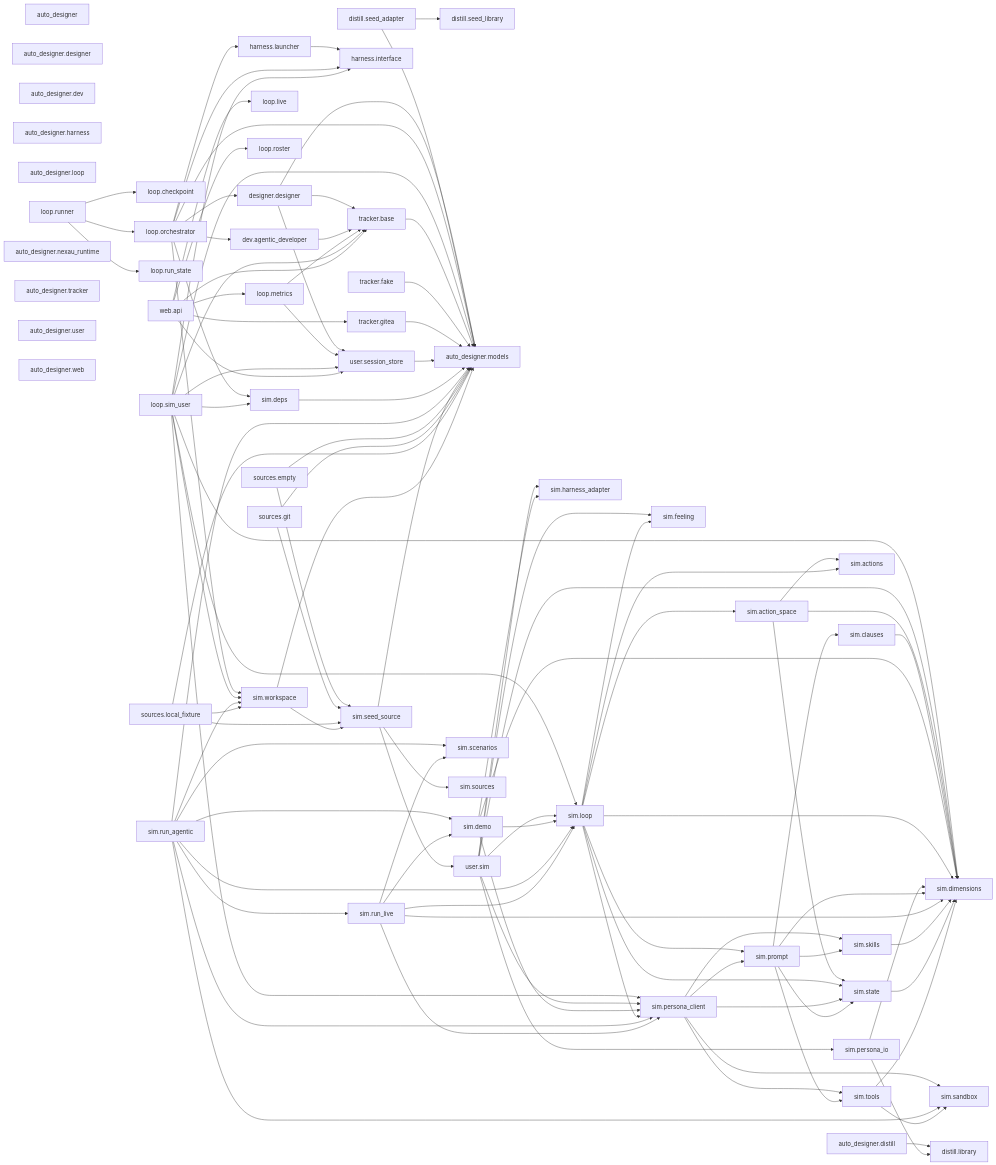
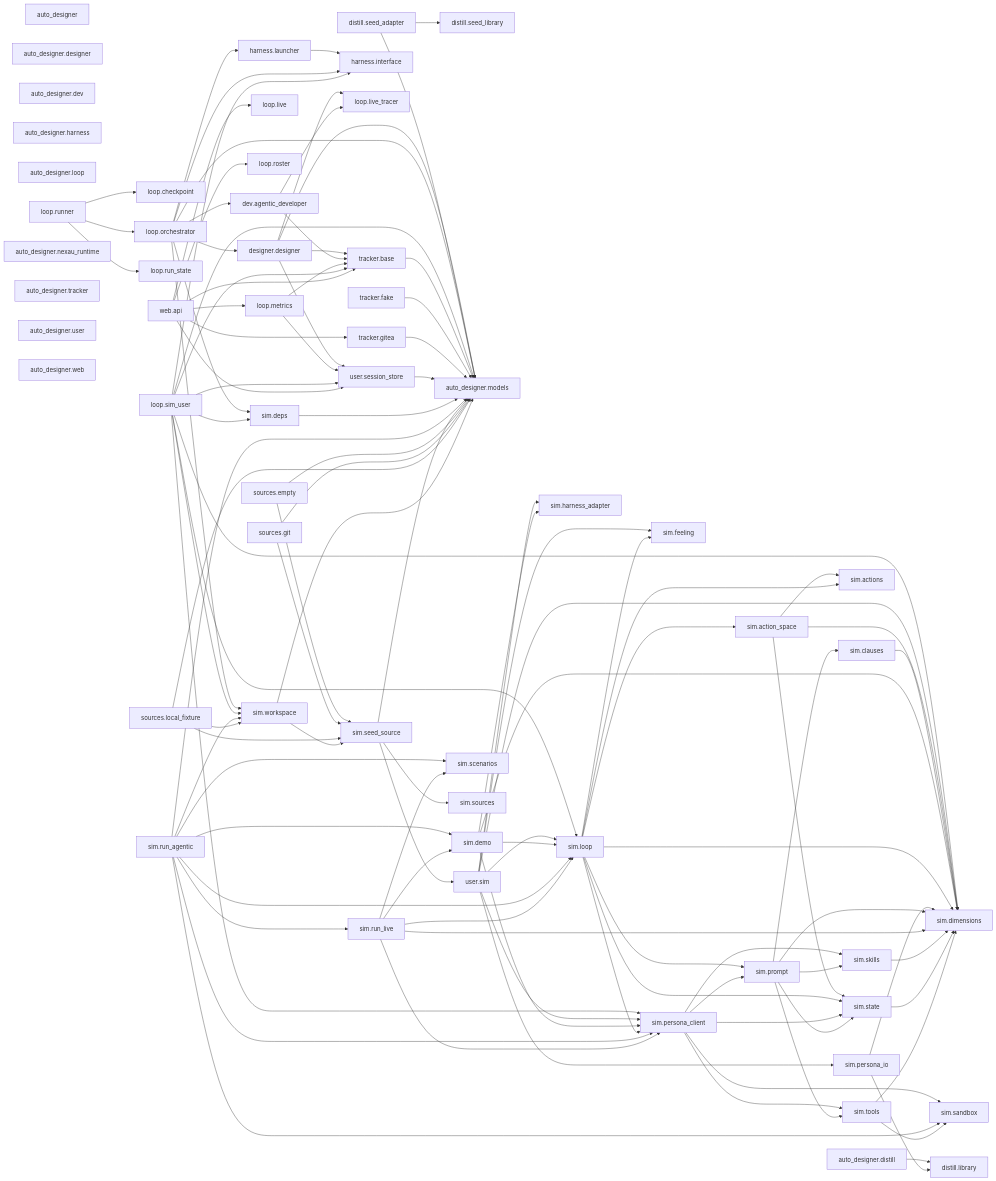
The diagram in docs/specs/ARCHITECTURE.md (Curry09/AHE-Beta), drawn with Mermaid before and after one commit. The commit also changed other lines of this file and 11 other files, not shown here.

```diff
--- a/docs/specs/ARCHITECTURE.md
+++ b/docs/specs/ARCHITECTURE.md
@@ -157,6 +158,7 @@
     nauto_designer_loop["auto_designer.loop"]
     nauto_designer_loop_checkpoint["loop.checkpoint"]
     nauto_designer_loop_live["loop.live"]
+    nauto_designer_loop_live_tracer["loop.live_tracer"]
     nauto_designer_loop_metrics["loop.metrics"]
     nauto_designer_loop_orchestrator["loop.orchestrator"]
     nauto_designer_loop_roster["loop.roster"]
@@ -199,9 +201,11 @@
     nauto_designer_user_sim_workspace["sim.workspace"]
     nauto_designer_web["auto_designer.web"]
     nauto_designer_web_api["web.api"]
+    nauto_designer_designer_designer --> nauto_designer_loop_live_tracer
     nauto_designer_designer_designer --> nauto_designer_models
     nauto_designer_designer_designer --> nauto_designer_tracker_base
     nauto_designer_designer_designer --> nauto_designer_user_session_store
+    nauto_designer_dev_agentic_developer --> nauto_designer_loop_live_tracer
     nauto_designer_dev_agentic_developer --> nauto_designer_tracker_base
     nauto_designer_distill --> nauto_designer_distill_library
     nauto_designer_distill_seed_adapter --> nauto_designer_distill_seed_library
```
